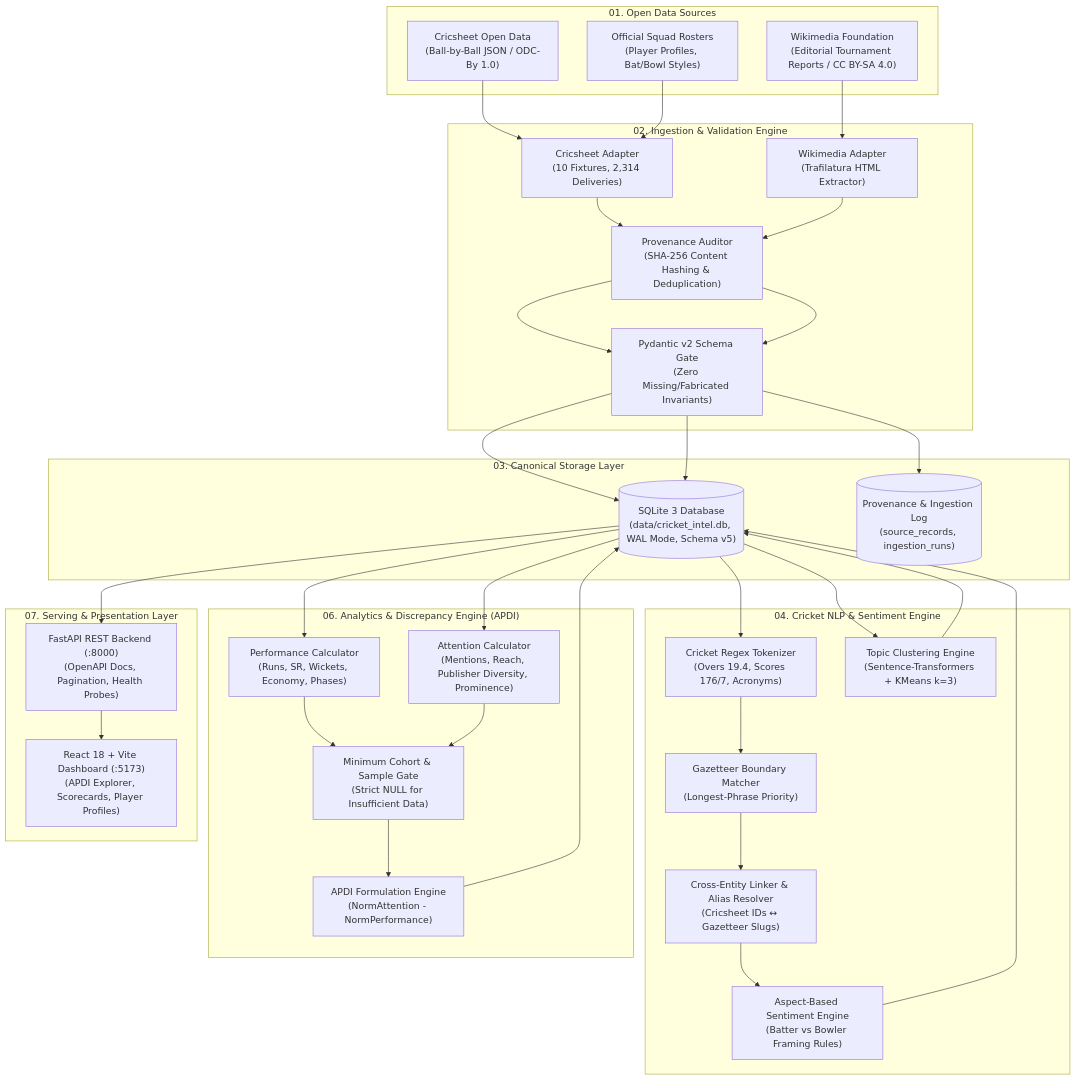
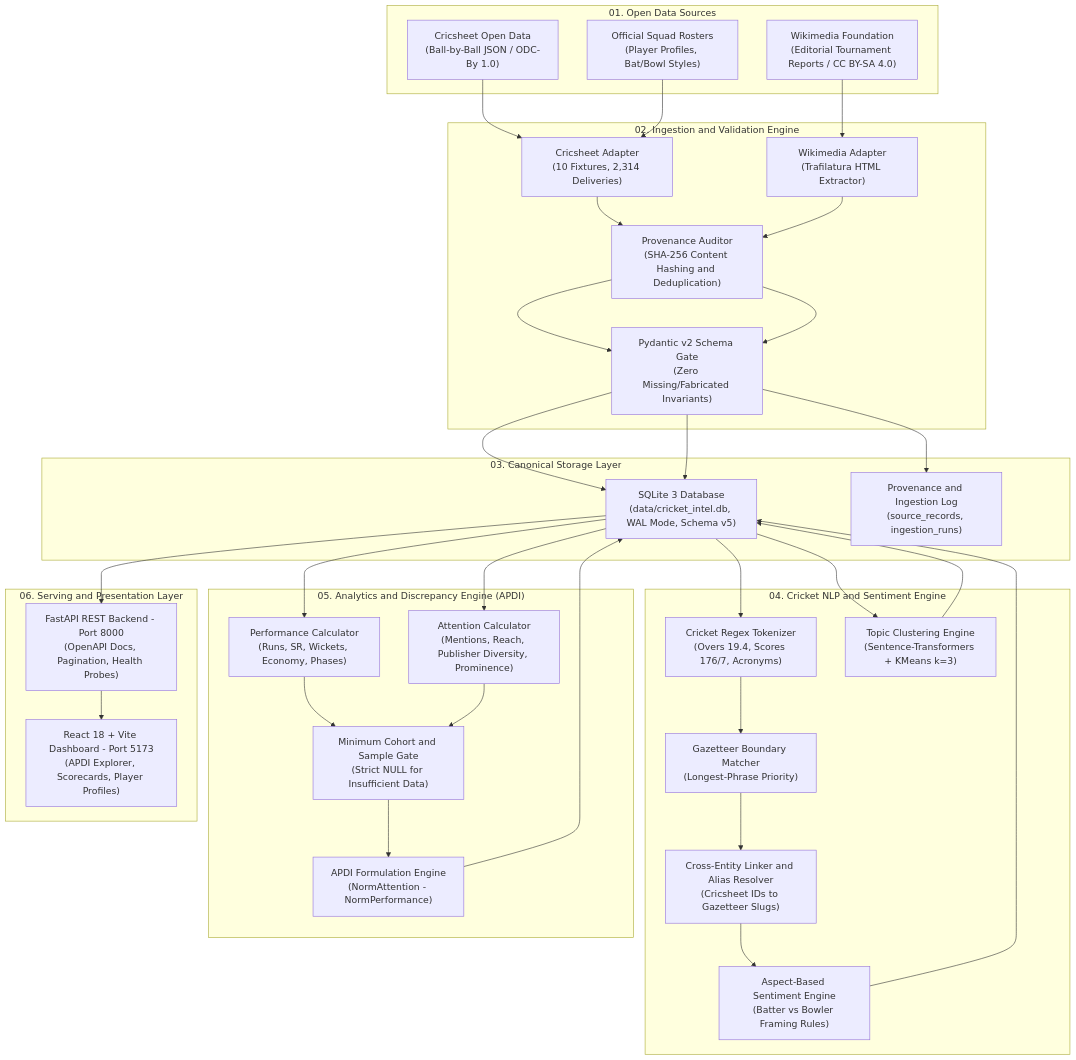
Before and after one commit to Ritesh-panda/T20-Cricket-Intelligence-Platform: the first of 7 diagrams in README.md, drawn with Mermaid. The commit also changed other lines of this file, not shown here.

Commit message:
docs(readme): fix GitHub Mermaid syntax errors across all architectural diagrams

````diff
--- a/README.md
+++ b/README.md
@@ -45,55 +45,55 @@
 ```mermaid
 flowchart TD
     subgraph S01["01. Open Data Sources"]
-        CS["Cricsheet Open Data\n(Ball-by-Ball JSON / ODC-By 1.0)"]
-        WM["Wikimedia Foundation\n(Editorial Tournament Reports / CC BY-SA 4.0)"]
-        SQUAD["Official Squad Rosters\n(Player Profiles, Bat/Bowl Styles)"]
+        CS["Cricsheet Open Data<br/>(Ball-by-Ball JSON / ODC-By 1.0)"]
+        WM["Wikimedia Foundation<br/>(Editorial Tournament Reports / CC BY-SA 4.0)"]
+        SQUAD["Official Squad Rosters<br/>(Player Profiles, Bat/Bowl Styles)"]
     end
 
-    subgraph S02["02. Ingestion & Validation Engine"]
-        AD_C["Cricsheet Adapter\n(10 Fixtures, 2,314 Deliveries)"]
-        AD_N["Wikimedia Adapter\n(Trafilatura HTML Extractor)"]
-        SHA["Provenance Auditor\n(SHA-256 Content Hashing & Deduplication)"]
-        VAL["Pydantic v2 Schema Gate\n(Zero Missing/Fabricated Invariants)"]
+    subgraph S02["02. Ingestion and Validation Engine"]
+        AD_C["Cricsheet Adapter<br/>(10 Fixtures, 2,314 Deliveries)"]
+        AD_N["Wikimedia Adapter<br/>(Trafilatura HTML Extractor)"]
+        SHA["Provenance Auditor<br/>(SHA-256 Content Hashing and Deduplication)"]
+        VAL["Pydantic v2 Schema Gate<br/>(Zero Missing/Fabricated Invariants)"]
     end
 
     subgraph S03["03. Canonical Storage Layer"]
-        DB[("SQLite 3 Database\n(data/cricket_intel.db, WAL Mode, Schema v5)")]
-        PROV[("Provenance & Ingestion Log\n(source_records, ingestion_runs)")]
+        DB["SQLite 3 Database<br/>(data/cricket_intel.db, WAL Mode, Schema v5)"]
+        PROV["Provenance and Ingestion Log<br/>(source_records, ingestion_runs)"]
     end
 
-    subgraph S04["04. Cricket NLP & Sentiment Engine"]
-        TOK["Cricket Regex Tokenizer\n(Overs 19.4, Scores 176/7, Acronyms)"]
-        GAZ["Gazetteer Boundary Matcher\n(Longest-Phrase Priority)"]
-        ER["Cross-Entity Linker & Alias Resolver\n(Cricsheet IDs ↔ Gazetteer Slugs)"]
-        SENT["Aspect-Based Sentiment Engine\n(Batter vs Bowler Framing Rules)"]
-        CLUST["Topic Clustering Engine\n(Sentence-Transformers + KMeans k=3)"]
+    subgraph S04["04. Cricket NLP and Sentiment Engine"]
+        TOK["Cricket Regex Tokenizer<br/>(Overs 19.4, Scores 176/7, Acronyms)"]
+        GAZ["Gazetteer Boundary Matcher<br/>(Longest-Phrase Priority)"]
+        ER["Cross-Entity Linker and Alias Resolver<br/>(Cricsheet IDs to Gazetteer Slugs)"]
+        SENT["Aspect-Based Sentiment Engine<br/>(Batter vs Bowler Framing Rules)"]
+        CLUST["Topic Clustering Engine<br/>(Sentence-Transformers + KMeans k=3)"]
     end
 
-    subgraph S05["06. Analytics & Discrepancy Engine (APDI)"]
-        PERF["Performance Calculator\n(Runs, SR, Wickets, Economy, Phases)"]
-        ATTN["Attention Calculator\n(Mentions, Reach, Publisher Diversity, Prominence)"]
-        GATE["Minimum Cohort & Sample Gate\n(Strict NULL for Insufficient Data)"]
-        APDI["APDI Formulation Engine\n(NormAttention - NormPerformance)"]
+    subgraph S05["05. Analytics and Discrepancy Engine (APDI)"]
+        PERF["Performance Calculator<br/>(Runs, SR, Wickets, Economy, Phases)"]
+        ATTN["Attention Calculator<br/>(Mentions, Reach, Publisher Diversity, Prominence)"]
+        GATE["Minimum Cohort and Sample Gate<br/>(Strict NULL for Insufficient Data)"]
+        APDI["APDI Formulation Engine<br/>(NormAttention - NormPerformance)"]
     end
 
-    subgraph S06["07. Serving & Presentation Layer"]
-        API["FastAPI REST Backend (:8000)\n(OpenAPI Docs, Pagination, Health Probes)"]
-        UI["React 18 + Vite Dashboard (:5173)\n(APDI Explorer, Scorecards, Player Profiles)"]
+    subgraph S06["06. Serving and Presentation Layer"]
+        API["FastAPI REST Backend - Port 8000<br/>(OpenAPI Docs, Pagination, Health Probes)"]
+        UI["React 18 + Vite Dashboard - Port 5173<br/>(APDI Explorer, Scorecards, Player Profiles)"]
     end
 
     CS --> AD_C --> SHA --> VAL --> DB
     WM --> AD_N --> SHA --> VAL --> DB
     SQUAD --> AD_C
     VAL --> PROV
 
     DB --> TOK --> GAZ --> ER --> SENT --> DB
     DB --> CLUST --> DB
 
     DB --> PERF --> GATE
     DB --> ATTN --> GATE
     GATE --> APDI --> DB
 
     DB --> API
     API --> UI
 ```
````
